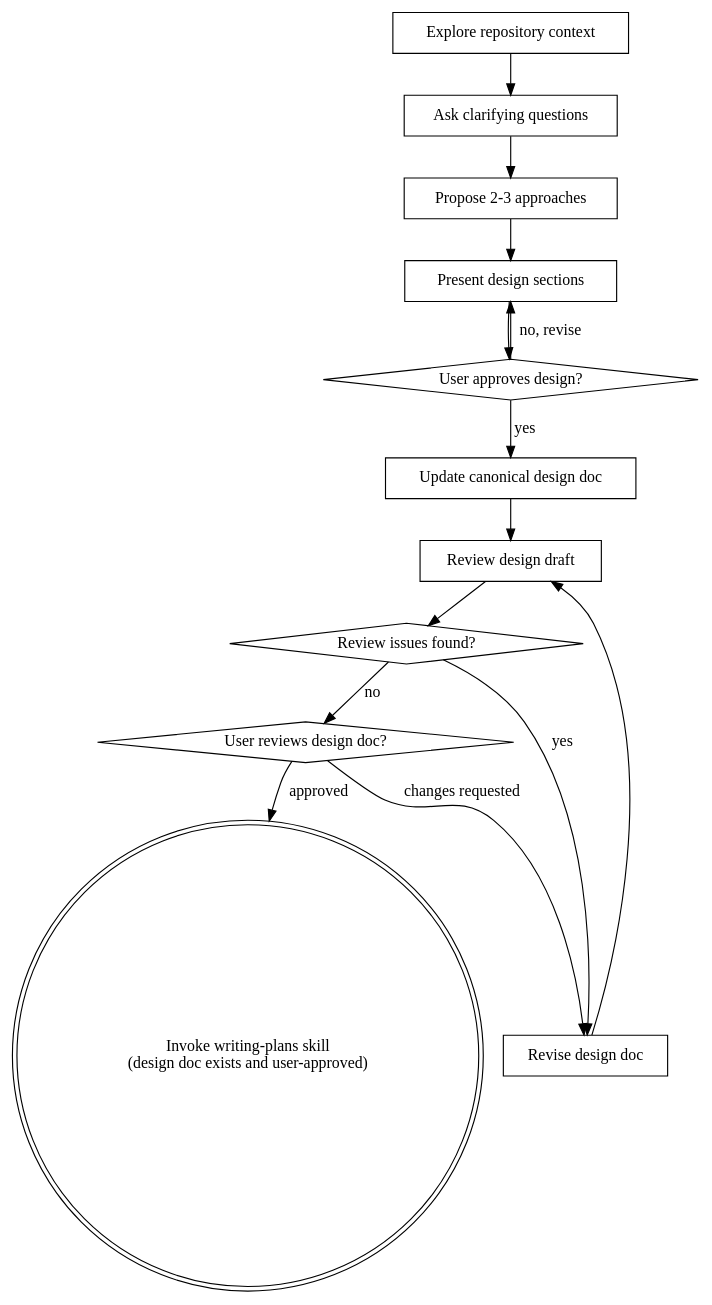
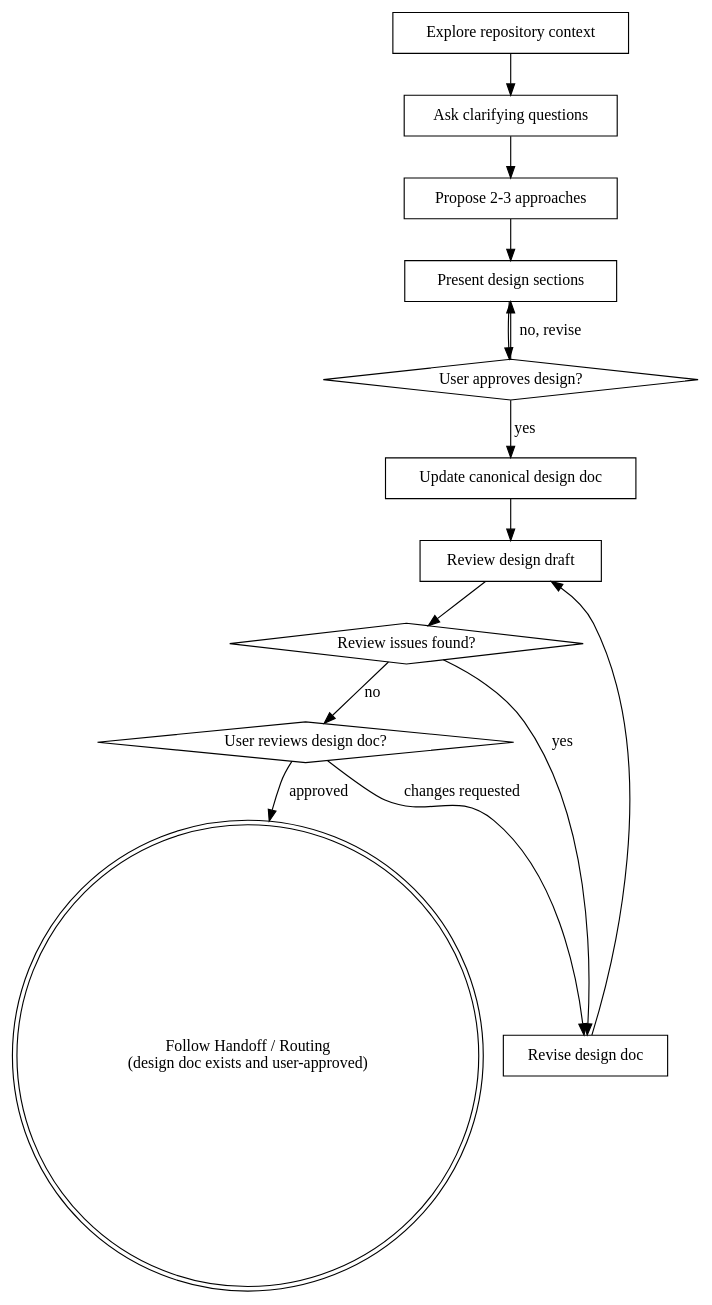
Before and after one commit to gyf1214/ya-superpowers: the diagram in skills/brainstorming/SKILL.md, drawn with Graphviz. The commit also changed other lines of this file, not shown here.

Commit message:
add explicit post-brainstorm handoff routing

````diff
--- a/skills/brainstorming/SKILL.md
+++ b/skills/brainstorming/SKILL.md
@@ -40,29 +40,29 @@
 ```dot
 digraph brainstorming {
     "Explore repository context" [shape=box];
     "Ask clarifying questions" [shape=box];
     "Propose 2-3 approaches" [shape=box];
     "Present design sections" [shape=box];
     "User approves design?" [shape=diamond];
     "Update canonical design doc" [shape=box];
     "Review design draft" [shape=box];
     "Review issues found?" [shape=diamond];
     "Revise design doc" [shape=box];
     "User reviews design doc?" [shape=diamond];
-    "Invoke writing-plans skill\n(design doc exists and user-approved)" [shape=doublecircle];
+    "Follow Handoff / Routing\n(design doc exists and user-approved)" [shape=doublecircle];
 
     "Explore repository context" -> "Ask clarifying questions";
     "Ask clarifying questions" -> "Propose 2-3 approaches";
     "Propose 2-3 approaches" -> "Present design sections";
     "Present design sections" -> "User approves design?";
     "User approves design?" -> "Present design sections" [label="no, revise"];
     "User approves design?" -> "Update canonical design doc" [label="yes"];
     "Update canonical design doc" -> "Review design draft";
     "Review design draft" -> "Review issues found?";
     "Review issues found?" -> "Revise design doc" [label="yes"];
     "Revise design doc" -> "Review design draft";
     "Review issues found?" -> "User reviews design doc?" [label="no"];
     "User reviews design doc?" -> "Revise design doc" [label="changes requested"];
-    "User reviews design doc?" -> "Invoke writing-plans skill\n(design doc exists and user-approved)" [label="approved"];
+    "User reviews design doc?" -> "Follow Handoff / Routing\n(design doc exists and user-approved)" [label="approved"];
 }
 ```
````
